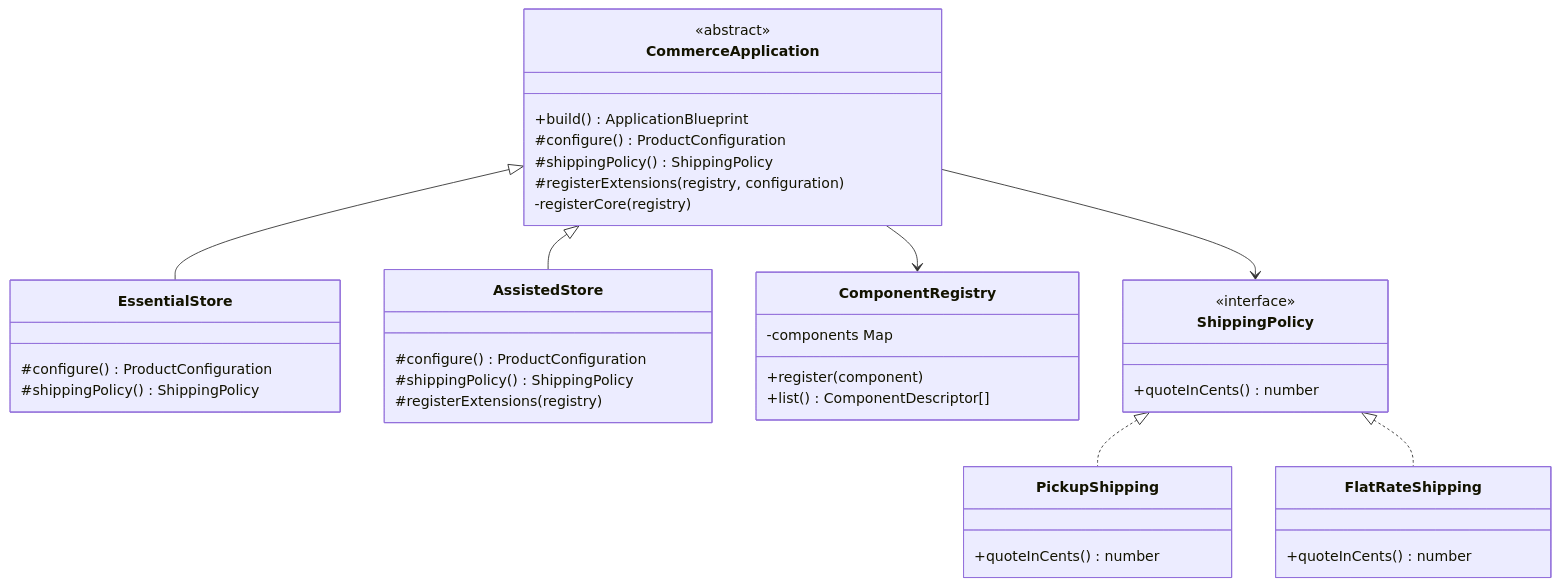
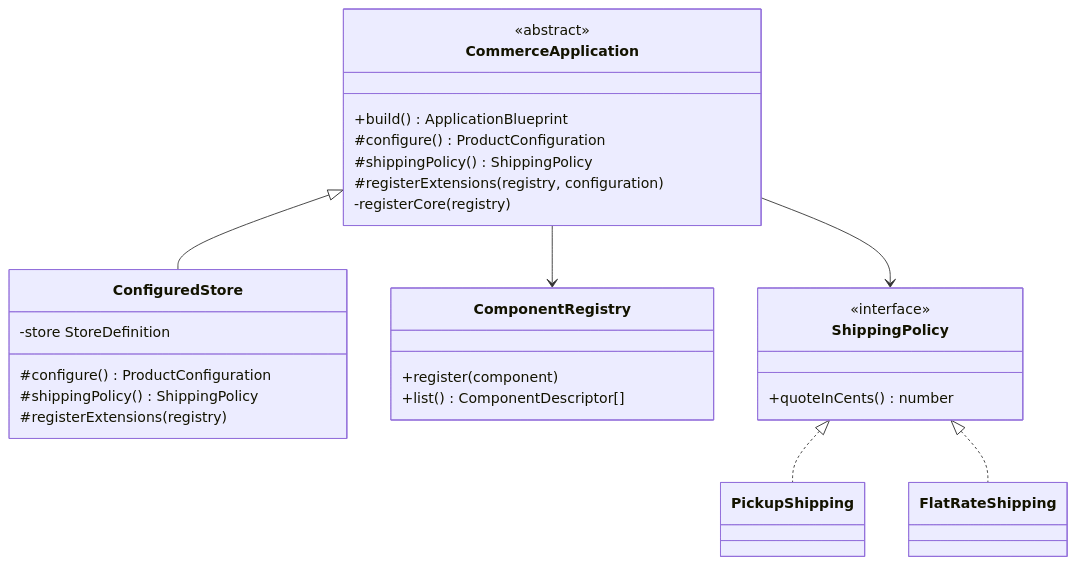
The first of 2 diagrams in docs/framework.md (CaioMascarenhas/gerar-commerce), drawn with Mermaid before and after one commit. The commit also changed other lines of this file and 63 other files, not shown here.

````diff
--- a/docs/framework.md
+++ b/docs/framework.md
@@ -7,41 +18,32 @@
 ```mermaid
 classDiagram
   class CommerceApplication {
     <<abstract>>
     +build() ApplicationBlueprint
     #configure() ProductConfiguration
     #shippingPolicy() ShippingPolicy
     #registerExtensions(registry, configuration)
     -registerCore(registry)
   }
-  class EssentialStore {
-    #configure() ProductConfiguration
-    #shippingPolicy() ShippingPolicy
-  }
-  class AssistedStore {
+  class ConfiguredStore {
+    -store StoreDefinition
     #configure() ProductConfiguration
     #shippingPolicy() ShippingPolicy
     #registerExtensions(registry)
   }
   class ComponentRegistry {
-    -components Map
     +register(component)
     +list() ComponentDescriptor[]
   }
   class ShippingPolicy {
     <<interface>>
     +quoteInCents() number
   }
-  class PickupShipping {
-    +quoteInCents() number
-  }
-  class FlatRateShipping {
-    +quoteInCents() number
-  }
-  CommerceApplication <|-- EssentialStore
-  CommerceApplication <|-- AssistedStore
+  class PickupShipping
+  class FlatRateShipping
+  CommerceApplication <|-- ConfiguredStore
   CommerceApplication --> ComponentRegistry
   CommerceApplication --> ShippingPolicy
   ShippingPolicy <|.. PickupShipping
   ShippingPolicy <|.. FlatRateShipping
 ```
````
